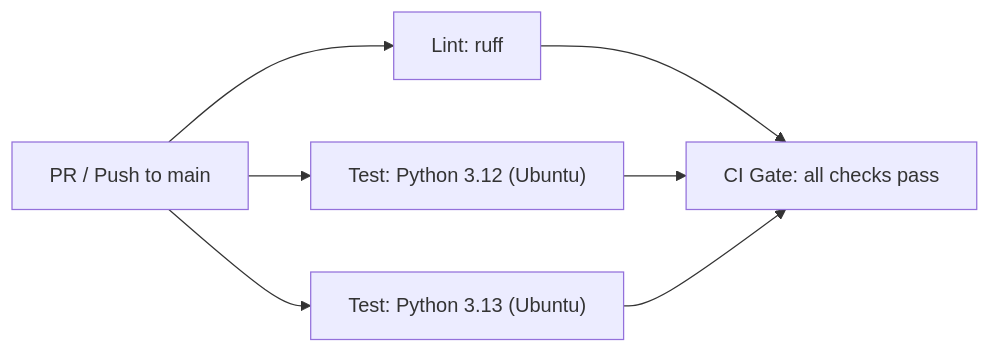
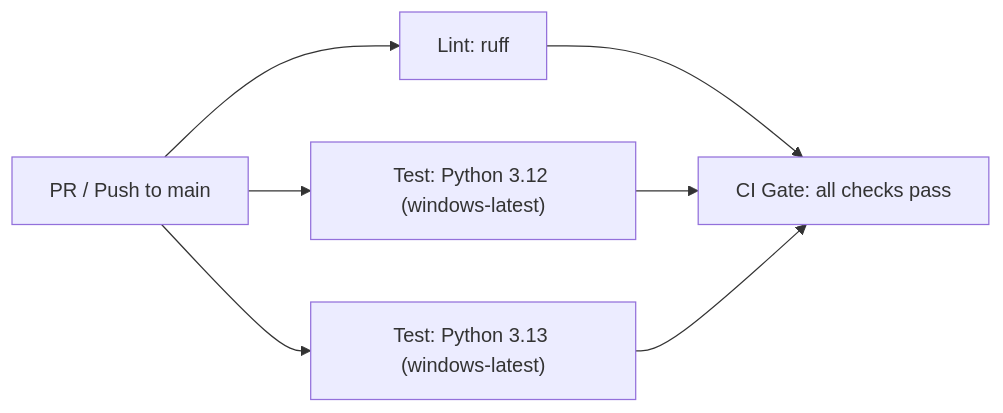
One commit to dishanagalawatta/SkillManager changed the first of 2 diagrams in docs/CI_CD.md. Above: the diagram before and after it, drawn with Mermaid. The commit also changed 4 other files, not shown here.

Commit message:
docs: update architecture, adr, ci/cd, and readme for clipboard and ci fixes

````diff
--- a/docs/CI_CD.md
+++ b/docs/CI_CD.md
@@ -24,9 +24,9 @@
 ```mermaid
 flowchart LR
     A[PR / Push to main] --> B[Lint: ruff]
-    A --> C["Test: Python 3.12 (Ubuntu)"]
-    A --> D["Test: Python 3.13 (Ubuntu)"]
+    A --> C["Test: Python 3.12 (windows-latest)"]
+    A --> D["Test: Python 3.13 (windows-latest)"]
     B --> E[CI Gate: all checks pass]
     C --> E
     D --> E
 ```
````
